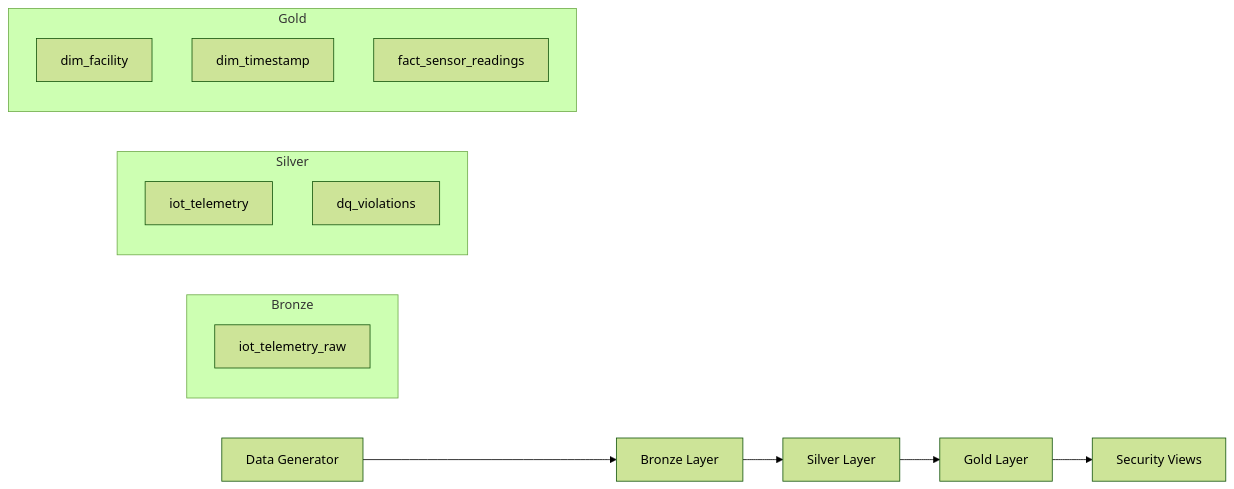
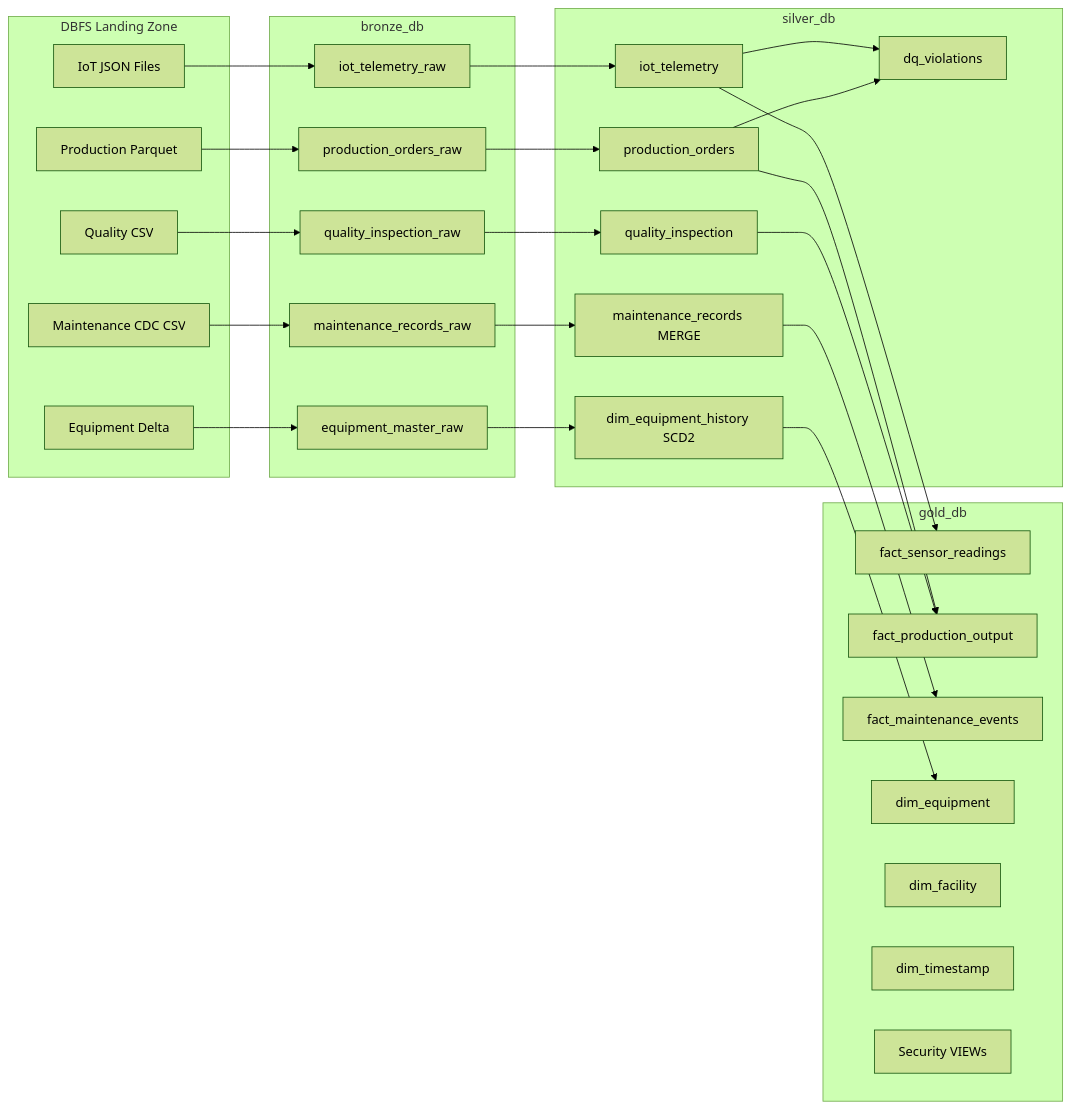
One commit to DevashishK26/Sync-Intern changed the diagram in readme.md. Above: the diagram before and after it, drawn with Mermaid (forest theme).

````diff
--- a/readme.md
+++ b/readme.md
@@ -379,22 +379,45 @@
 ```mermaid
 graph LR
-  A[Data Generator] --> B[Bronze Layer]
-  B --> C[Silver Layer]
-  C --> D[Gold Layer]
-  D --> E[Security Views]
-
-  subgraph Bronze
-    B1[iot_telemetry_raw]
+  subgraph Landing["DBFS Landing Zone"]
+    A[IoT JSON Files] 
+    B[Production Parquet]
+    C[Maintenance CDC CSV]
+    D[Quality CSV]
+    E[Equipment Delta]
   end
 
-  subgraph Silver
-    C1[iot_telemetry]
-    C2[dq_violations]
+  subgraph Bronze["bronze_db"]
+    F[iot_telemetry_raw]
+    G[production_orders_raw]
+    H[maintenance_records_raw]
+    I[quality_inspection_raw]
+    J[equipment_master_raw]
   end
 
-  subgraph Gold
-    D1[dim_facility]
-    D2[dim_timestamp]
-    D3[fact_sensor_readings]
+  subgraph Silver["silver_db"]
+    K[iot_telemetry]
+    L[production_orders]
+    M[maintenance_records MERGE]
+    N[quality_inspection]
+    O[dim_equipment_history SCD2]
+    P[dq_violations]
   end
+
+  subgraph Gold["gold_db"]
+    Q[fact_sensor_readings]
+    R[fact_production_output]
+    S[fact_maintenance_events]
+    T[dim_equipment]
+    U[dim_facility]
+    V[dim_timestamp]
+    W[Security VIEWs]
+  end
+
+  A-->F-->K-->Q
+  B-->G-->L-->R
+  C-->H-->M-->S
+  D-->I-->N-->R
+  E-->J-->O-->T
+  K-->P
+  L-->P
 ```
````
